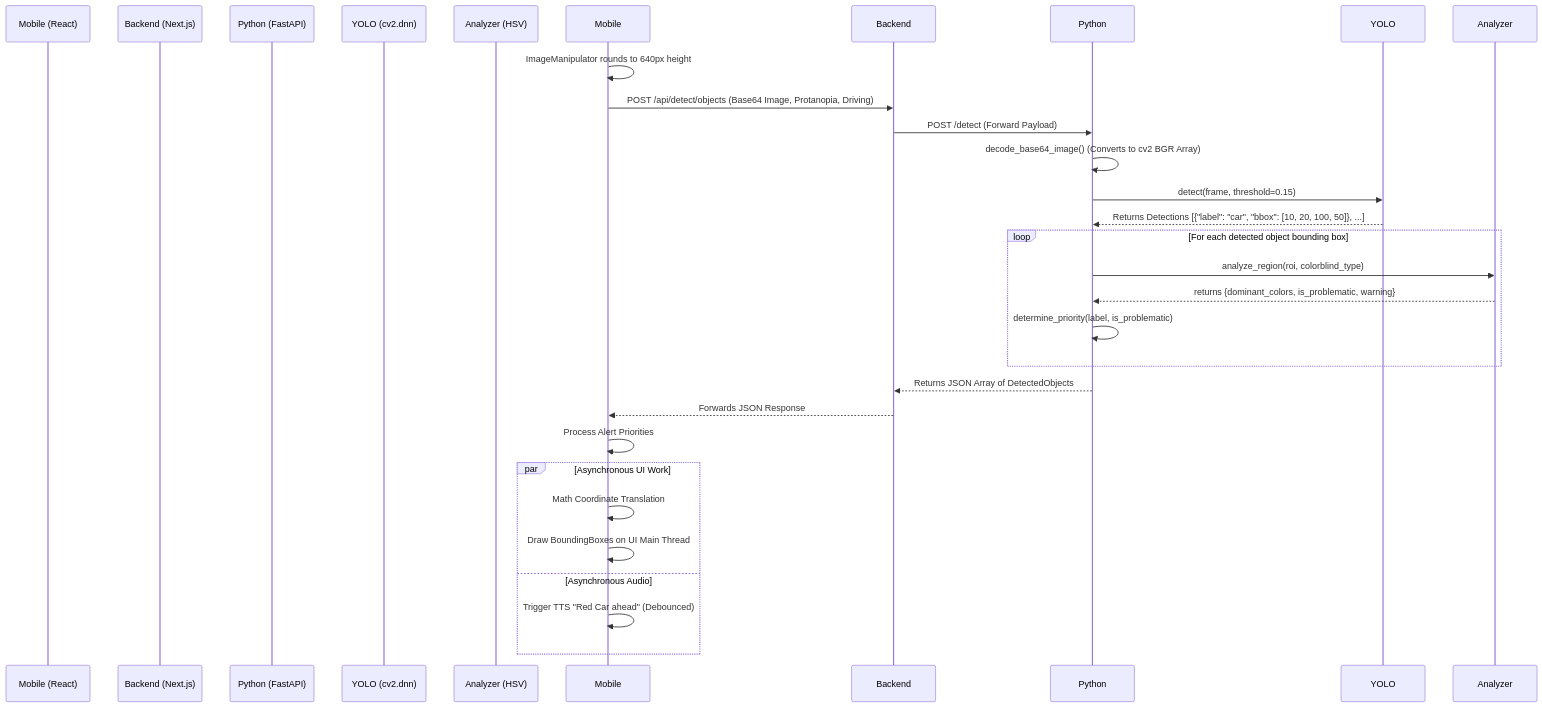
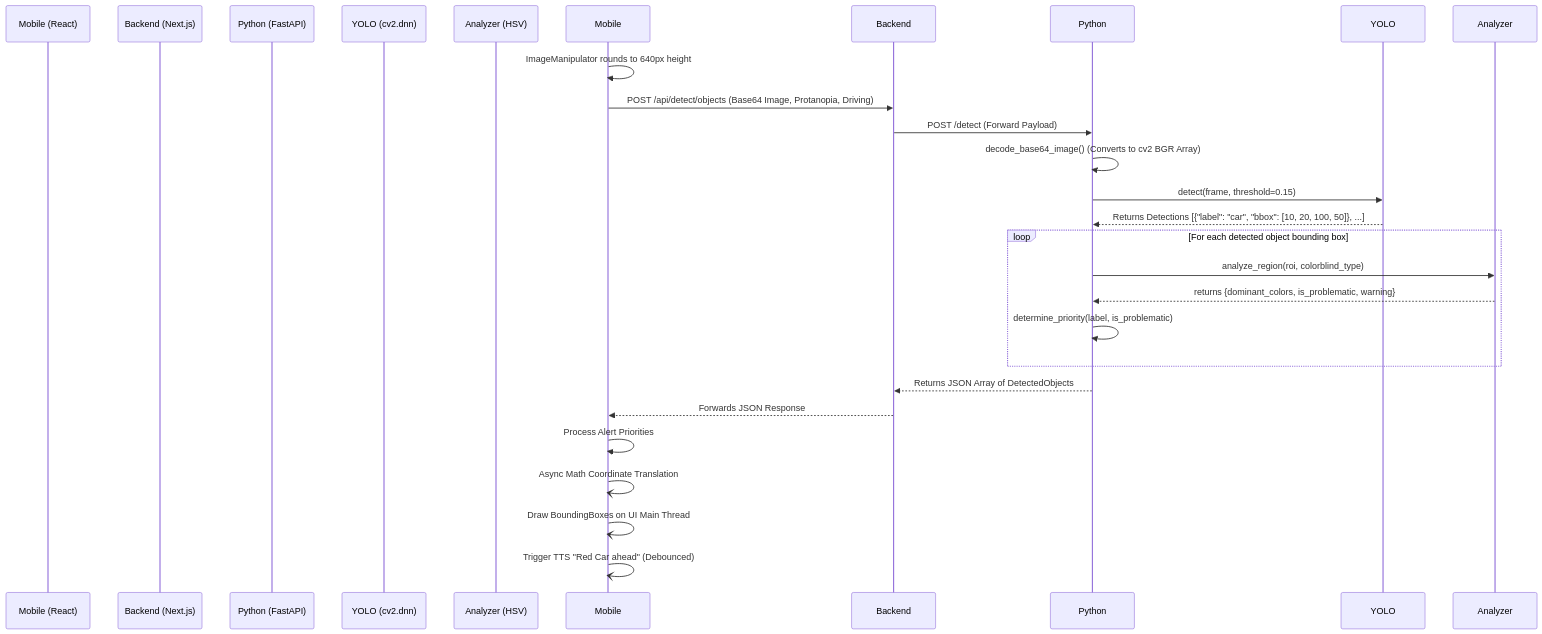
Before and after one commit to alexli8408/TrueLight: the fifth of 5 diagrams in devlog.md, drawn with Mermaid.

Commit message:
fix: resolve mermaid sequence diagram rendering error

````diff
--- a/devlog.md
+++ b/devlog.md
@@ -168,34 +168,31 @@
 ```mermaid
 sequenceDiagram
     participant Mobile (React)
     participant Backend (Next.js)
     participant Python (FastAPI)
     participant YOLO (cv2.dnn)
     participant Analyzer (HSV)
 
     Mobile->>Mobile: ImageManipulator rounds to 640px height
     Mobile->>Backend: POST /api/detect/objects (Base64 Image, Protanopia, Driving)
     Backend->>Python: POST /detect (Forward Payload)
 
     Python->>Python: decode_base64_image() (Converts to cv2 BGR Array)
 
     Python->>YOLO: detect(frame, threshold=0.15)
     YOLO-->>Python: Returns Detections [{"label": "car", "bbox": [10, 20, 100, 50]}, ...]
 
     loop For each detected object bounding box
         Python->>Analyzer: analyze_region(roi, colorblind_type)
         Analyzer-->>Python: returns {dominant_colors, is_problematic, warning}
         Python->>Python: determine_priority(label, is_problematic)
     end
 
     Python-->>Backend: Returns JSON Array of DetectedObjects
     Backend-->>Mobile: Forwards JSON Response
 
     Mobile->>Mobile: Process Alert Priorities
-    par Asynchronous UI Work
-        Mobile->>Mobile: Math Coordinate Translation
-        Mobile->>Mobile: Draw BoundingBoxes on UI Main Thread
-    and Asynchronous Audio
-        Mobile->>Mobile: Trigger TTS "Red Car ahead" (Debounced)
-    end
+    Mobile-)Mobile: Async Math Coordinate Translation
+    Mobile-)Mobile: Draw BoundingBoxes on UI Main Thread
+    Mobile-)Mobile: Trigger TTS "Red Car ahead" (Debounced)
 ```
````
